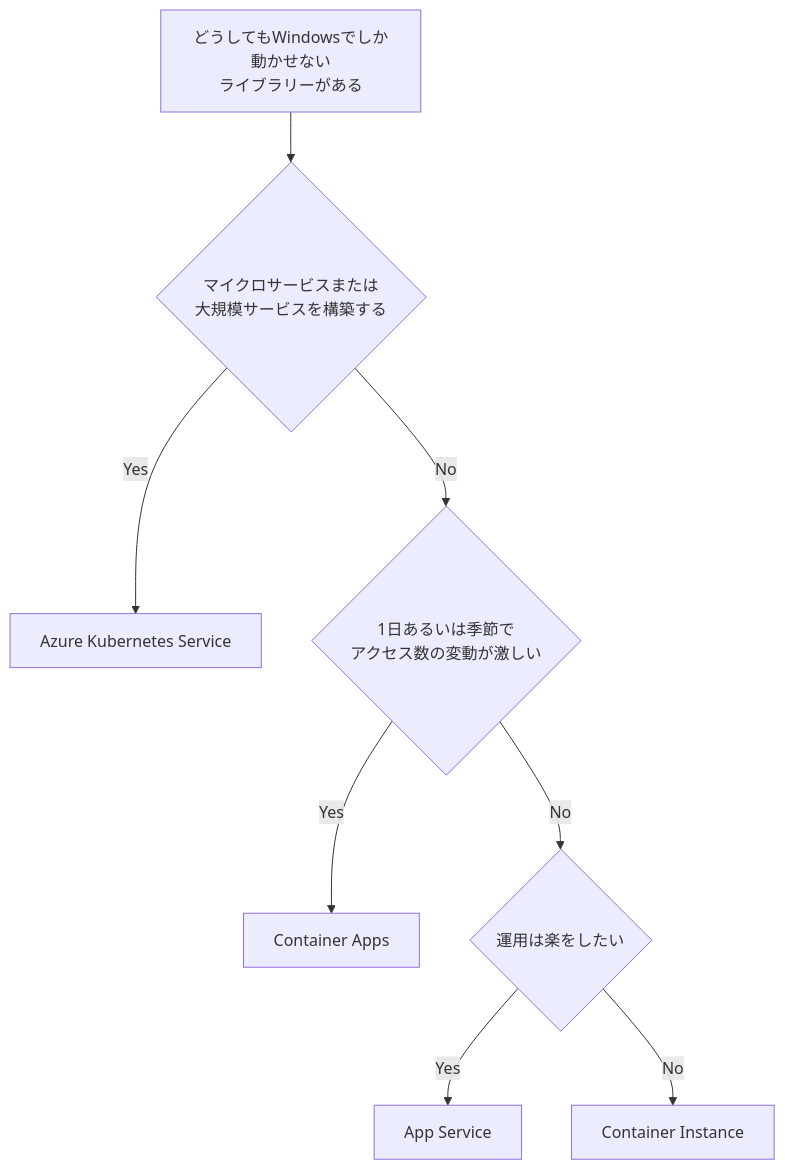
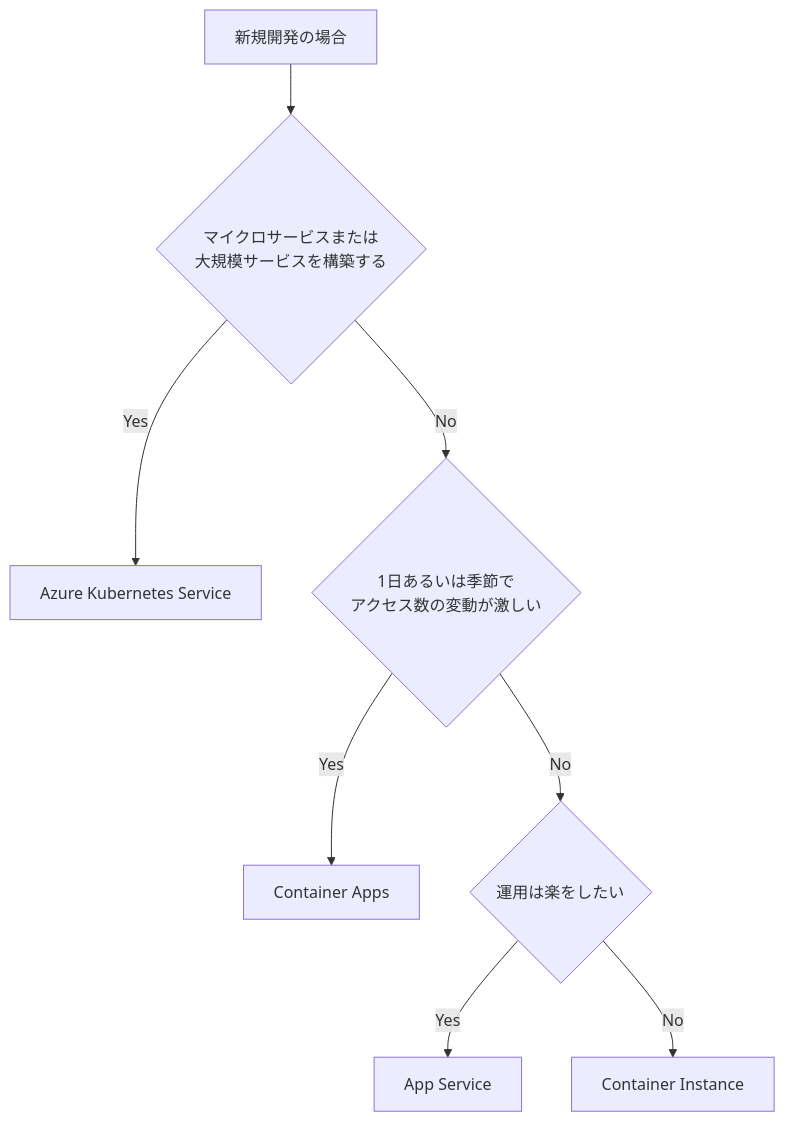
Before and after one commit to tomokusaba/zenn: the second of 4 diagrams in articles/b0fc1bacf6a107.md, drawn with Mermaid. The commit also changed other lines of this file, not shown here.

Commit message:
新規開発に関するフローチャートの表現を改善し、明確化

````diff
--- a/articles/b0fc1bacf6a107.md
+++ b/articles/b0fc1bacf6a107.md
@@ -95,10 +95,10 @@
 ```mermaid
 flowchart TD
-    A[どうしてもWindowsでしか動かせない<br/>ライブラリーがある] --> B{マイクロサービスまたは<br/>大規模サービスを構築する}
+    A[新規開発の場合] --> B{マイクロサービスまたは<br/>大規模サービスを構築する}
     B -->|Yes| C[Azure Kubernetes Service]
     B -->|No| D{1日あるいは季節で<br/>アクセス数の変動が激しい}
     D -->|Yes| E[Container Apps]
     D -->|No| F{運用は楽をしたい}
     F -->|Yes| G[App Service]
     F -->|No| H[Container Instance]
 ```
````
